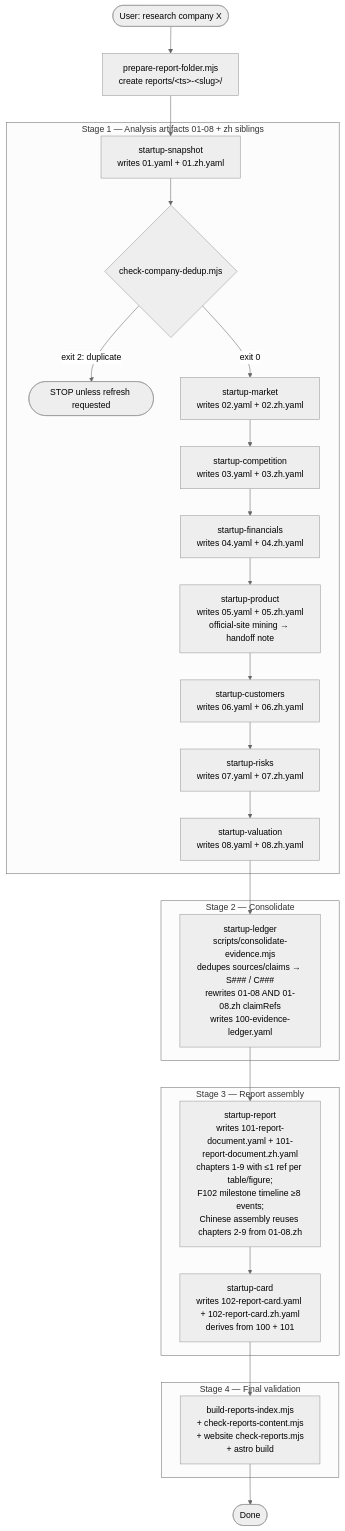
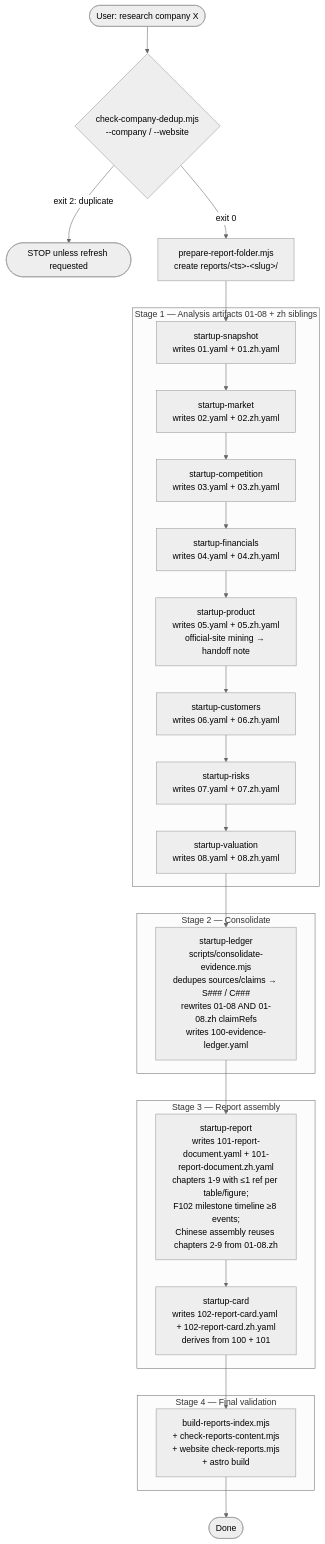
The first of 3 diagrams in README.md (huangyingting/startup), drawn with Mermaid (neutral theme) before and after one commit. The commit also changed other lines of this file and 7 other files, not shown here.

````diff
--- a/README.md
+++ b/README.md
@@ -17,41 +17,41 @@
 ```mermaid
 flowchart TD
-  Start([User: research company X]) --> Setup[prepare-report-folder.mjs<br/>create reports/&lt;ts&gt;-&lt;slug&gt;/]
+  Start([User: research company X]) --> PreDedup{check-company-dedup.mjs<br/>--company / --website}
+  PreDedup -- exit 2: duplicate --> Stop([STOP unless refresh requested])
+  PreDedup -- exit 0 --> Setup[prepare-report-folder.mjs<br/>create reports/&lt;ts&gt;-&lt;slug&gt;/]
   Setup --> Snapshot
 
   subgraph Stage1[Stage 1 — Analysis artifacts 01-08 + zh siblings]
     Snapshot[startup-snapshot<br/>writes 01.yaml + 01.zh.yaml]
-    Snapshot --> Dedup{check-company-dedup.mjs}
-    Dedup -- exit 2: duplicate --> Stop([STOP unless refresh requested])
-    Dedup -- exit 0 --> Market
+    Snapshot --> Market
 
     Market[startup-market<br/>writes 02.yaml + 02.zh.yaml] --> Compete
     Compete[startup-competition<br/>writes 03.yaml + 03.zh.yaml] --> Fin
     Fin[startup-financials<br/>writes 04.yaml + 04.zh.yaml] --> Prod
     Prod[startup-product<br/>writes 05.yaml + 05.zh.yaml<br/>official-site mining → handoff note] --> Cust
     Cust[startup-customers<br/>writes 06.yaml + 06.zh.yaml] --> Risk
     Risk[startup-risks<br/>writes 07.yaml + 07.zh.yaml] --> Val
     Val[startup-valuation<br/>writes 08.yaml + 08.zh.yaml]
   end
 
   Val --> Ledger
 
   subgraph Stage2[Stage 2 — Consolidate]
     Ledger[startup-ledger<br/>scripts/consolidate-evidence.mjs<br/>dedupes sources/claims → S### / C###<br/>rewrites 01-08 AND 01-08.zh claimRefs<br/>writes 100-evidence-ledger.yaml]
   end
 
   Ledger --> Report
 
   subgraph Stage3[Stage 3 — Report assembly]
     Report[startup-report<br/>writes 101-report-document.yaml + 101-report-document.zh.yaml<br/>chapters 1-9 with ≤1 ref per table/figure;<br/>F102 milestone timeline ≥8 events;<br/>Chinese assembly reuses chapters 2-9 from 01-08.zh]
     Report --> Card[startup-card<br/>writes 102-report-card.yaml + 102-report-card.zh.yaml<br/>derives from 100 + 101]
   end
 
   Card --> FinalVal
 
   subgraph Stage4[Stage 4 — Final validation]
     FinalVal[build-reports-index.mjs<br/>+ check-reports-content.mjs<br/>+ website check-reports.mjs<br/>+ astro build]
   end
 
   FinalVal --> End([Done])
 ```
````
